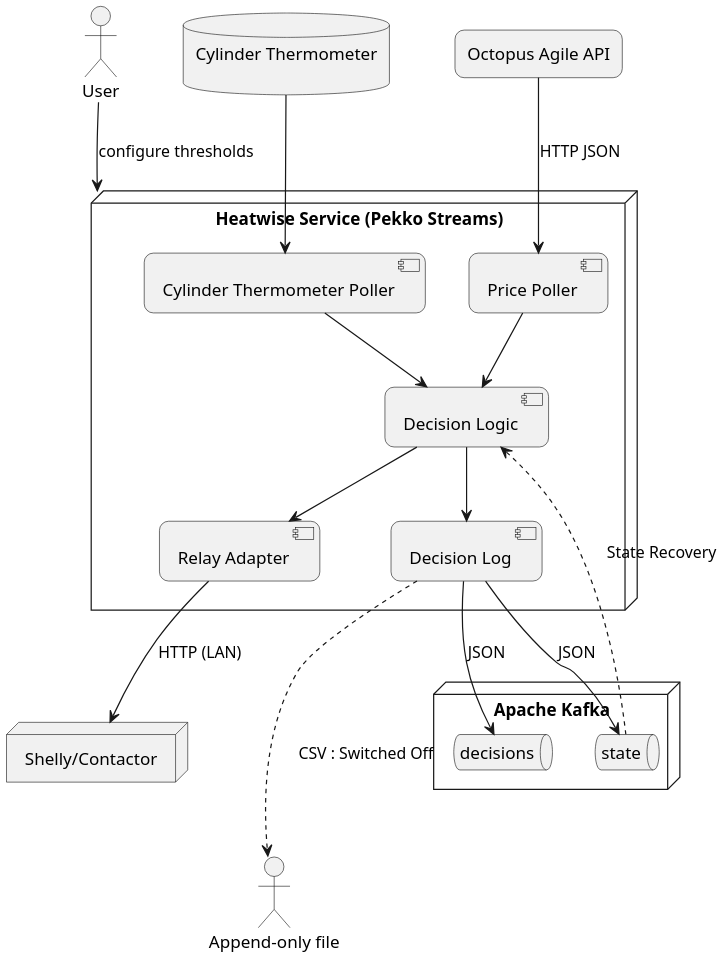
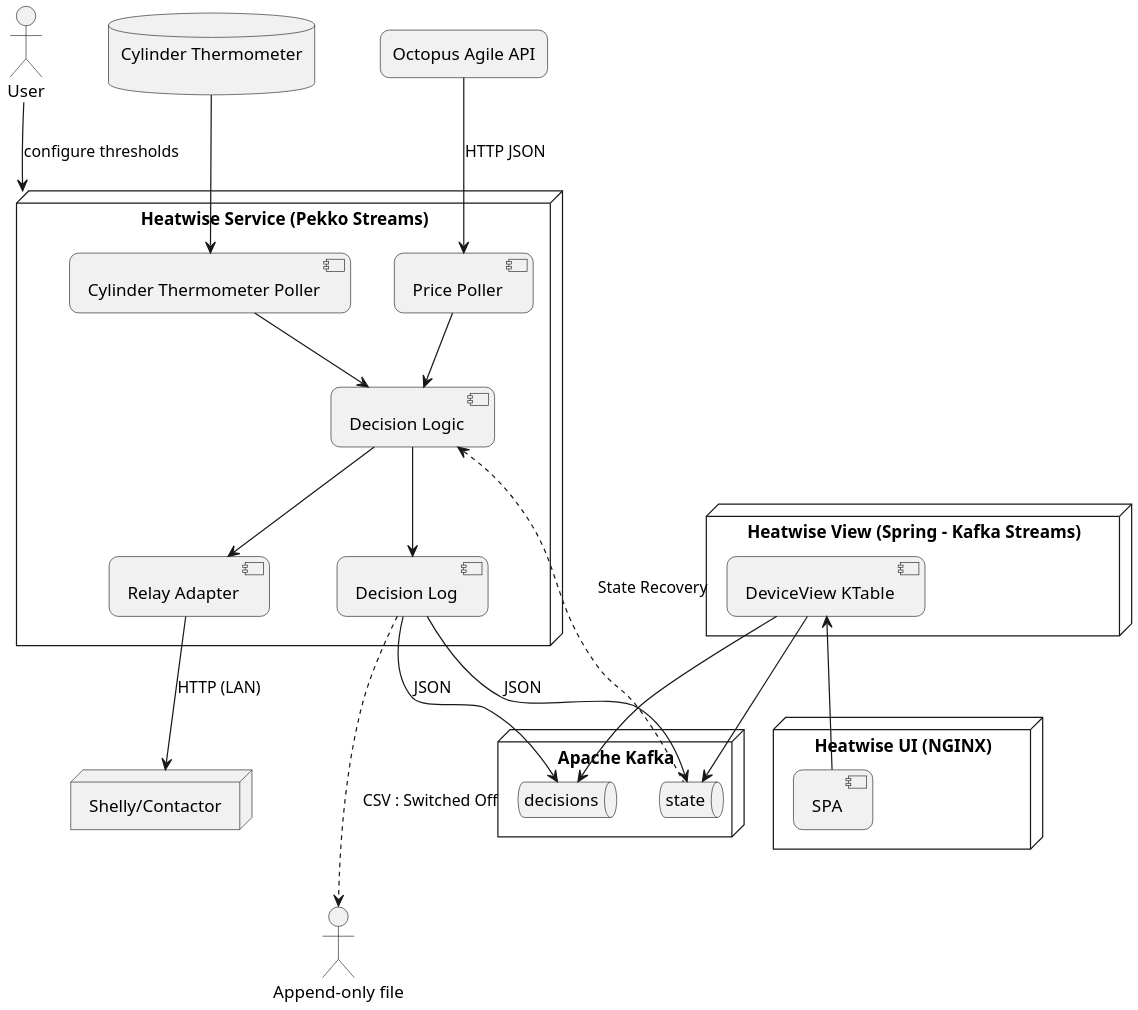
The diagram in docs/content/diagrams/basic.puml (blondacz/heatwise), drawn with PlantUML before and after one commit. The commit also changed 2 other files, not shown here.

```diff
--- a/docs/content/diagrams/basic.puml
+++ b/docs/content/diagrams/basic.puml
@@ -1,31 +1,46 @@
 @startuml
 skinparam roundcorner 15
 skinparam shadowing false
 skinparam dpi 180
 
 actor User
 database "Cylinder Thermometer\n" as CT
 
 rectangle "Octopus Agile API" as Octopus
 node "Heatwise Service (Pekko Streams)" as App {
   [Price Poller] --> [Decision Logic]
   [Decision Logic] --> [Relay Adapter]
   [Decision Logic] --> [Decision Log]
   [Cylinder Thermometer Poller] --> [Decision Logic]
 }
 node "Shelly/Contactor" as Relay
 
+node "Heatwise UI (NGINX)" as UI {
+  [SPA]
+}
+
+node "Heatwise View (Spring - Kafka Streams)" as View {
+  [DeviceView KTable] as DVKT
+}
+
+
+
 node "Apache Kafka" as Kafka {
   queue "decisions"
   queue "state"
 }
+
+
+DVKT <-- SPA
+DVKT --> "decisions"
+DVKT --> "state"
 
 User --> App : configure thresholds
 Octopus --> [Price Poller] : HTTP JSON
 [Relay Adapter] --> Relay : HTTP (LAN)
 [Decision Log] ...> "Append-only file" : CSV : Switched Off
 [Decision Log] --> "decisions" : JSON
 [Decision Log] --> "state" : JSON
 [Decision Logic] <... "state" : State Recovery
 CT --> [Cylinder Thermometer Poller]
 @enduml
```
